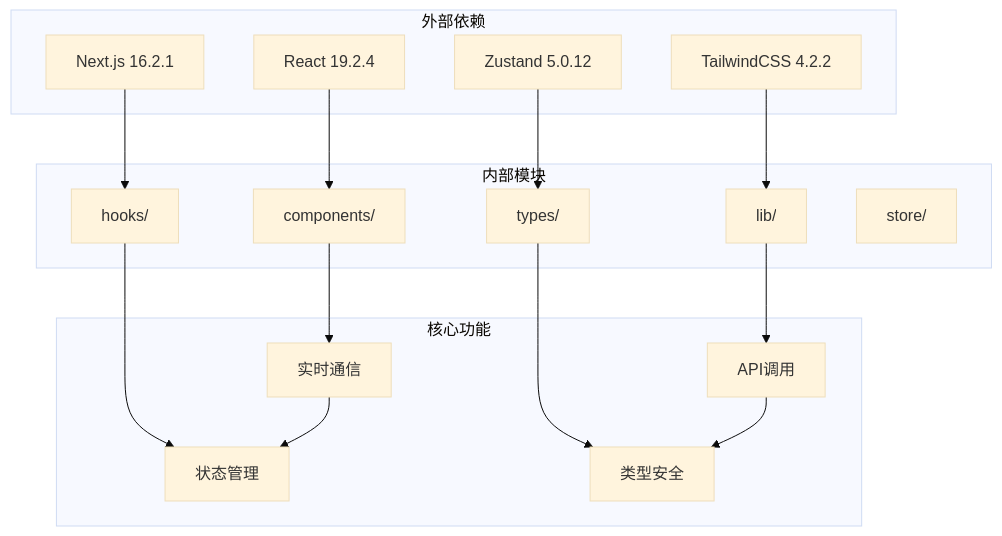
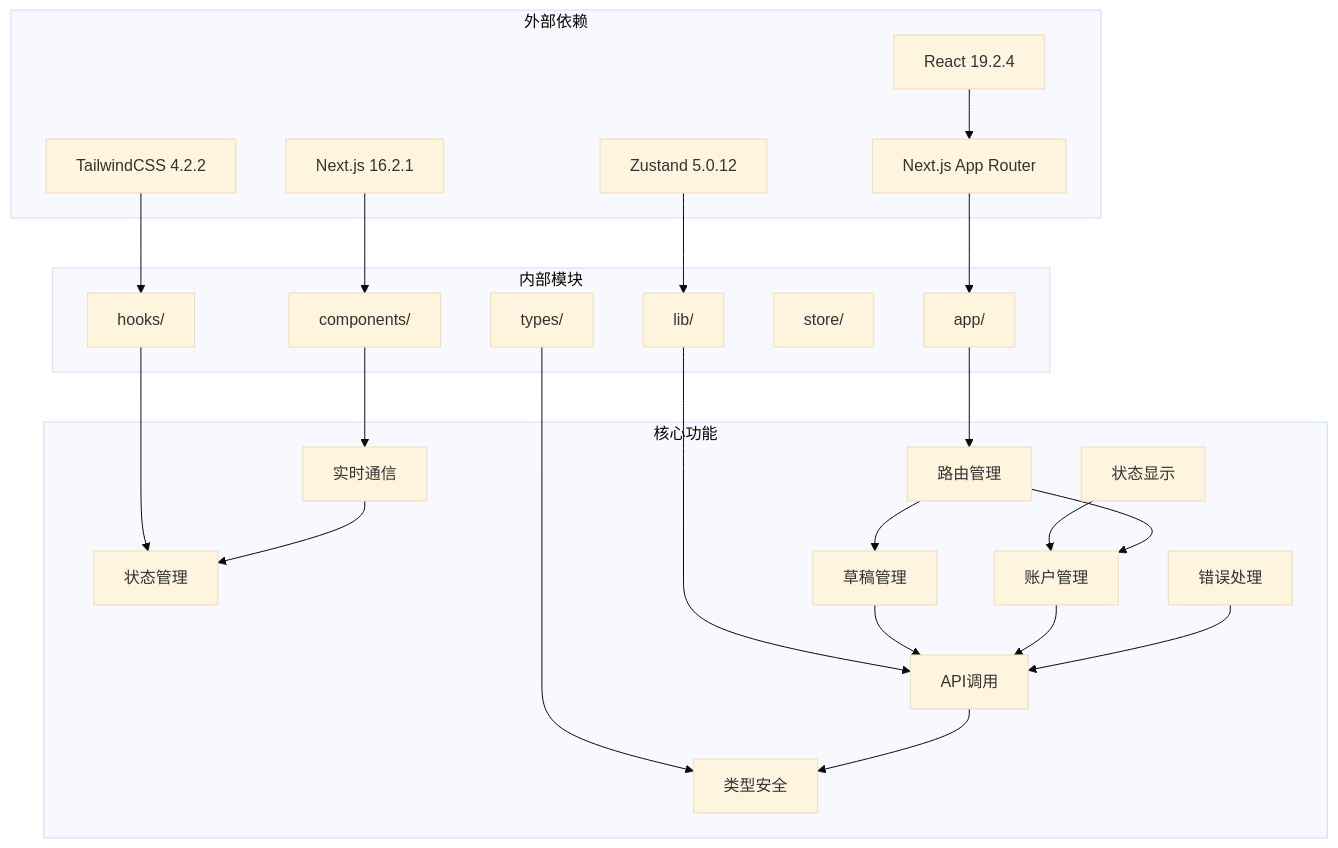
The ninth of 9 diagrams in .qoder/repowiki/zh/content/Frontend Component Library.md (sansansansansan2022-web/hotclaw), drawn with Mermaid (base theme) before and after one commit. The commit also changed other lines of this file and 44 other files, not shown here.

````diff
--- a/.qoder/repowiki/zh/content/Frontend Component Library.md
+++ b/.qoder/repowiki/zh/content/Frontend Component Library.md
@@ -261,32 +447,47 @@
 ```mermaid
 graph TB
 subgraph "外部依赖"
 A[React 19.2.4]
 B[Next.js 16.2.1]
 C[TailwindCSS 4.2.2]
 D[Zustand 5.0.12]
+E[Next.js App Router]
 end
 subgraph "内部模块"
-E[components/]
-F[hooks/]
-G[lib/]
-H[types/]
-I[store/]
+F[components/]
+G[hooks/]
+H[lib/]
+I[types/]
+J[store/]
+K[app/]
 end
 subgraph "核心功能"
-J[实时通信]
-K[状态管理]
-L[API调用]
-M[类型安全]
+L[实时通信]
+M[状态管理]
+N[API调用]
+O[类型安全]
+P[路由管理]
+Q[草稿管理]
+R[账户管理]
+S[错误处理]
+T[状态显示]
 end
 A --> E
 B --> F
 C --> G
 D --> H
-E --> J
-F --> K
-G --> L
-H --> M
-J --> K
+E --> K
+F --> L
+G --> M
+H --> N
+I --> O
+K --> P
+Q --> N
+R --> N
+S --> N
+T --> R
 L --> M
+N --> O
+P --> Q
+P --> R
 ```
````
